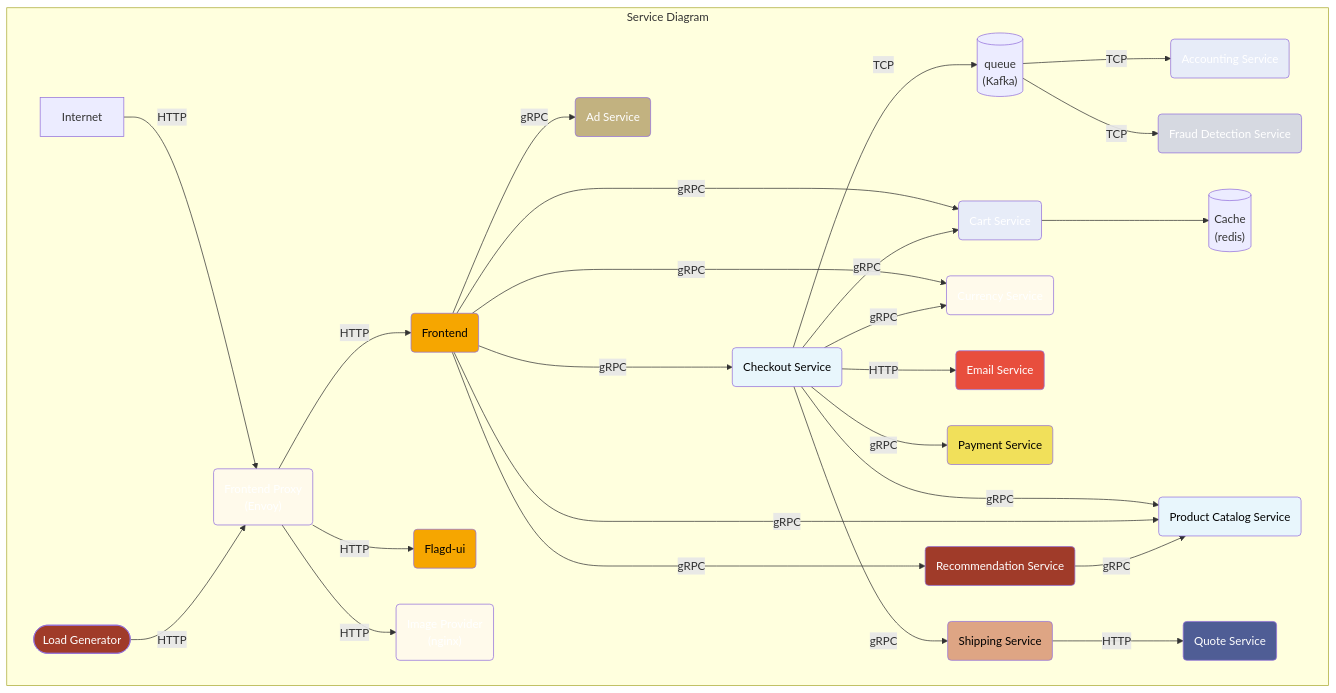
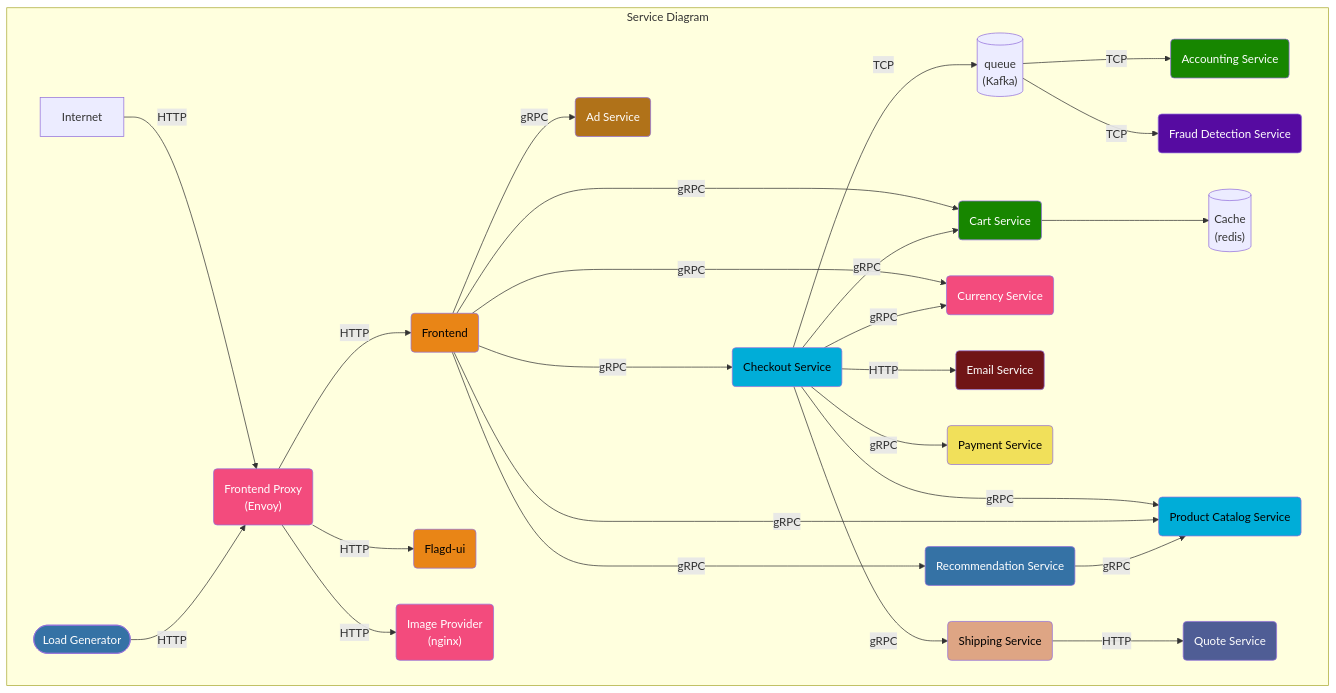
Before and after one commit to open-telemetry/opentelemetry.io: the first of 3 diagrams in content/en/docs/demo/architecture.md, drawn with Mermaid. The commit also changed other lines of this file, not shown here.

Commit message:
revert changes

````diff
--- a/content/en/docs/demo/architecture.md
+++ b/content/en/docs/demo/architecture.md
@@ -12,65 +12,65 @@
 ```mermaid
 graph TD
 subgraph Service Diagram
 accountingservice(Accounting Service):::dotnet
 adservice(Ad Service):::java
 cache[(Cache<br/>&#40redis&#41)]
 cartservice(Cart Service):::dotnet
 checkoutservice(Checkout Service):::golang
 currencyservice(Currency Service):::cpp
 emailservice(Email Service):::ruby
 flagd(Flagd-ui):::typescript
 frauddetectionservice(Fraud Detection Service):::kotlin
 frontend(Frontend):::typescript
 frontendproxy(Frontend Proxy <br/>&#40Envoy&#41):::cpp
 imageprovider(Image Provider <br/>&#40nginx&#41):::cpp
 loadgenerator([Load Generator]):::python
 paymentservice(Payment Service):::javascript
 productcatalogservice(Product Catalog Service):::golang
 quoteservice(Quote Service):::php
 recommendationservice(Recommendation Service):::python
 shippingservice(Shipping Service):::rust
 queue[(queue<br/>&#40Kafka&#41)]
 
 Internet -->|HTTP| frontendproxy
 frontendproxy -->|HTTP| frontend
 frontendproxy -->|HTTP| flagd
 loadgenerator -->|HTTP| frontendproxy
 frontendproxy -->|HTTP| imageprovider
 
 queue -->|TCP| accountingservice
 queue -->|TCP| frauddetectionservice
 
 frontend -->|gRPC| cartservice
 frontend -->|gRPC| currencyservice
 
 checkoutservice -->|gRPC| cartservice --> cache
 checkoutservice -->|gRPC| productcatalogservice
 checkoutservice -->|gRPC| currencyservice
 checkoutservice -->|HTTP| emailservice
 checkoutservice -->|gRPC| paymentservice
 checkoutservice -->|gRPC| shippingservice
 checkoutservice -->|TCP| queue
 
 frontend -->|gRPC| adservice
 frontend -->|gRPC| productcatalogservice
 frontend --->|gRPC| checkoutservice
 frontend ---->|gRPC| recommendationservice -->|gRPC| productcatalogservice
 
 shippingservice -->|HTTP| quoteservice
 
 end
 
-classDef dotnet fill:#E7ECF8,color:white;
-classDef cpp fill:#FFFAEB,color:white;
-classDef erlang fill:#A47B92,color:white;
-classDef golang fill:#E8F6FC,color:black;
-classDef java fill:#C2B280,color:white;
-classDef javascript fill:#F1E05A,color:black;
-classDef kotlin fill:#D6D9E1,color:white;
-classDef php fill:#4F5D95,color:white;
-classDef python fill:#A03B29,color:white;
-classDef ruby fill:#E84E3D,color:white;
-classDef rust fill:#DEA584,color:black;
-classDef typescript fill:#F6A600,color:black;
+classDef dotnet fill:#178600,color:white;
+classDef cpp fill:#f34b7d,color:white;
+classDef erlang fill:#b83998,color:white;
+classDef golang fill:#00add8,color:black;
+classDef java fill:#b07219,color:white;
+classDef javascript fill:#f1e05a,color:black;
+classDef kotlin fill:#560ba1,color:white;
+classDef php fill:#4f5d95,color:white;
+classDef python fill:#3572A5,color:white;
+classDef ruby fill:#701516,color:white;
+classDef rust fill:#dea584,color:black;
+classDef typescript fill:#e98516,color:black;
 ```
````
